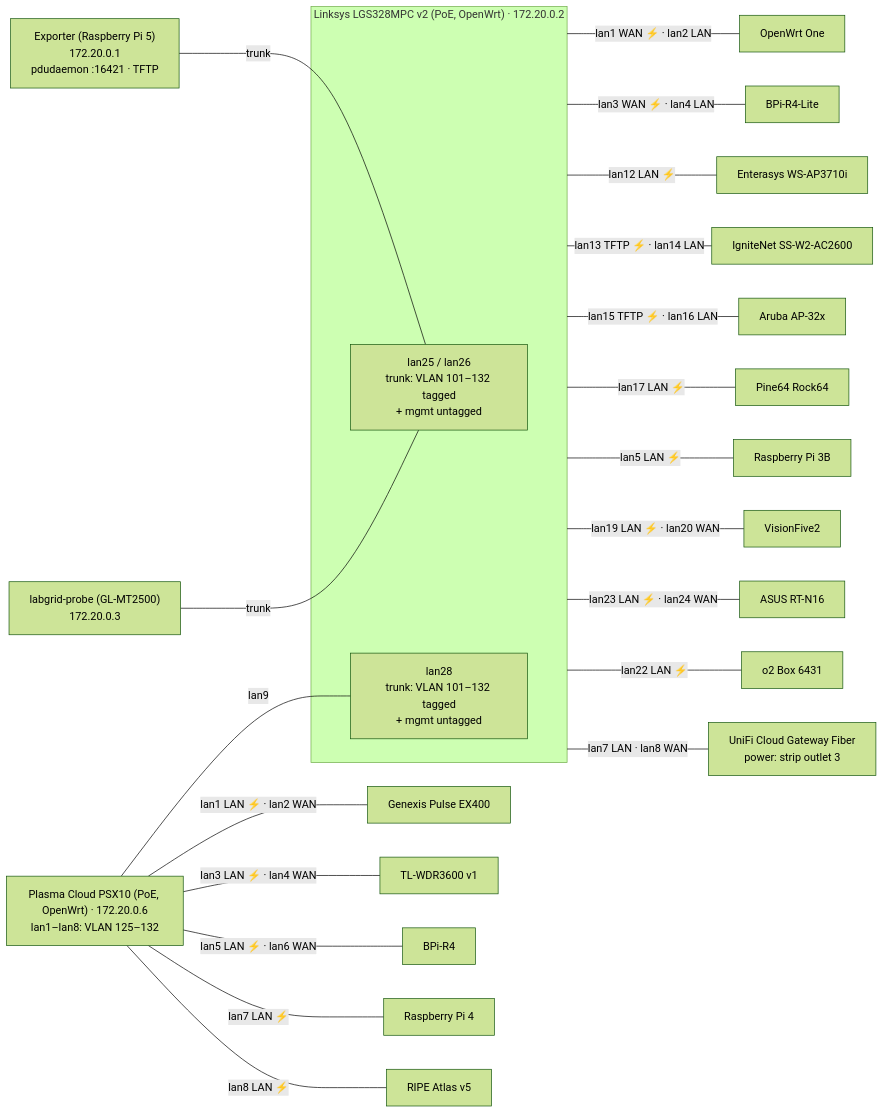
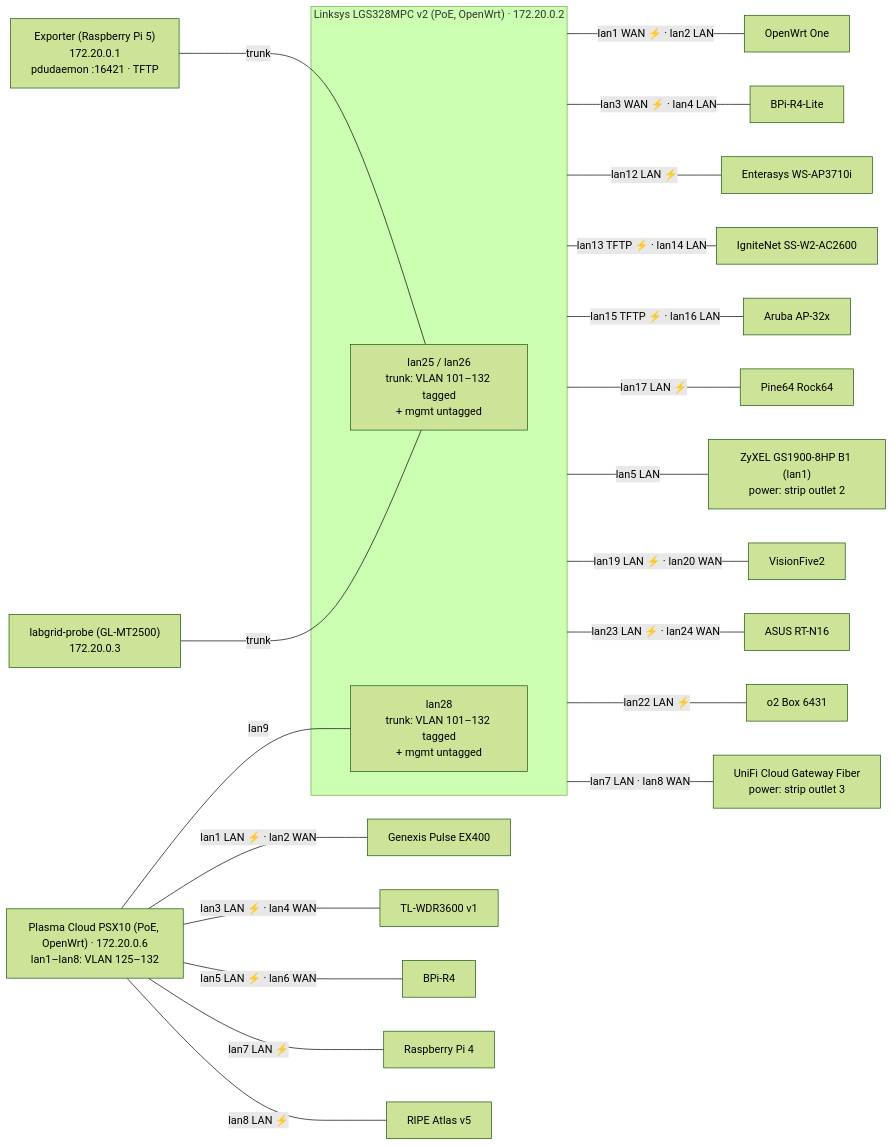
Before and after one commit to aparcar/openwrt-tests: the first of 2 diagrams in labs/labgrid-aparcar/README.md, drawn with Mermaid (forest theme). The commit also changed other lines of this file and 3 other files, not shown here.

````diff
--- a/labs/labgrid-aparcar/README.md
+++ b/labs/labgrid-aparcar/README.md
@@ -132,32 +133,32 @@
 ```mermaid
 flowchart LR
   EXP["Exporter (Raspberry Pi 5)<br/>172.20.0.1<br/>pdudaemon :16421 · TFTP"]
   PROBE["labgrid-probe (GL-MT2500)<br/>172.20.0.3"]
   SW2["Plasma Cloud PSX10 (PoE, OpenWrt) · 172.20.0.6<br/>lan1–lan8: VLAN 125–132"]
 
   subgraph SW["Linksys LGS328MPC v2 (PoE, OpenWrt) · 172.20.0.2"]
     T["lan25 / lan26<br/>trunk: VLAN 101–132 tagged<br/>+ mgmt untagged"]
     U["lan28<br/>trunk: VLAN 101–132 tagged<br/>+ mgmt untagged"]
   end
 
   EXP ---|trunk| T
   PROBE ---|trunk| T
   SW2 ---|lan9| U
 
   SW ---|"lan1 WAN ⚡ · lan2 LAN"| d1["OpenWrt One"]
   SW ---|"lan3 WAN ⚡ · lan4 LAN"| d2["BPi-R4-Lite"]
   SW2 ---|"lan1 LAN ⚡ · lan2 WAN"| d3["Genexis Pulse EX400"]
   SW2 ---|"lan3 LAN ⚡ · lan4 WAN"| d4["TL-WDR3600 v1"]
   SW2 ---|"lan5 LAN ⚡ · lan6 WAN"| d5["BPi-R4"]
   SW2 ---|"lan7 LAN ⚡"| d6["Raspberry Pi 4"]
   SW ---|"lan12 LAN ⚡"| d7["Enterasys WS-AP3710i"]
   SW ---|"lan13 TFTP ⚡ · lan14 LAN"| d8["IgniteNet SS-W2-AC2600"]
   SW ---|"lan15 TFTP ⚡ · lan16 LAN"| d9["Aruba AP-32x"]
   SW ---|"lan17 LAN ⚡"| d10["Pine64 Rock64"]
-  SW ---|"lan5 LAN ⚡"| d11["Raspberry Pi 3B"]
+  SW ---|"lan5 LAN"| d11["ZyXEL GS1900-8HP B1 (lan1)<br/>power: strip outlet 2"]
   SW ---|"lan19 LAN ⚡ · lan20 WAN"| d12["VisionFive2"]
   SW2 ---|"lan8 LAN ⚡"| d13["RIPE Atlas v5"]
   SW ---|"lan23 LAN ⚡ · lan24 WAN"| d14["ASUS RT-N16"]
   SW ---|"lan22 LAN ⚡"| d15["o2 Box 6431"]
   SW ---|"lan7 LAN · lan8 WAN"| d16["UniFi Cloud Gateway Fiber<br/>power: strip outlet 3"]
 ```
````
